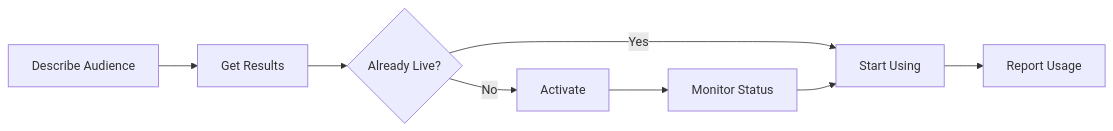
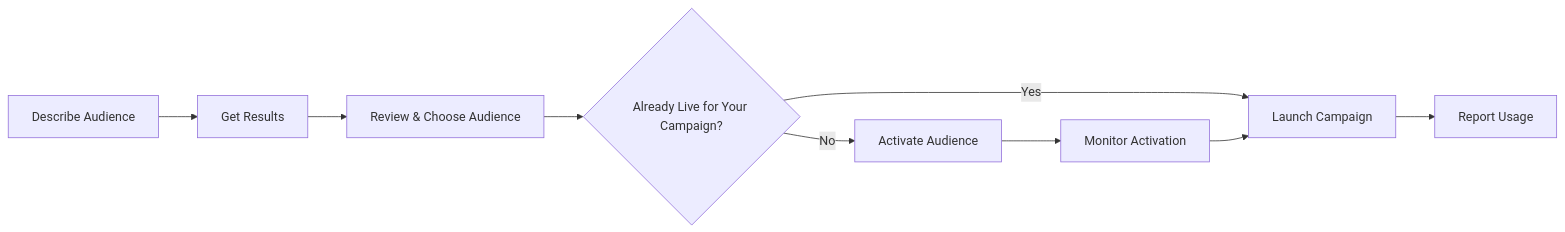
Before and after one commit to adcontextprotocol/adcp: the diagram in docs/audience/overview.md, drawn with Mermaid.

Commit message:
Improve audience workflow flowchart clarity
- Added "Review & Choose Audience" step before activation check
- Changed "Already Live?" to "Already Live for Your Campaign?"
- Changed "Start Using" to "Launch Campaign" for clarity
- Shows that activation happens only after deciding to use an audience

🤖 Generated with [Claude Code](https://claude.ai/code)

````diff
--- a/docs/audience/overview.md
+++ b/docs/audience/overview.md
@@ -49,10 +49,11 @@
 ```mermaid
 flowchart LR
     A[Describe Audience] --> B[Get Results]
-    B --> C{Already Live?}
-    C -->|Yes| D[Start Using]
-    C -->|No| E[Activate]
-    E --> F[Monitor Status]
-    F --> D
-    D --> G[Report Usage]
+    B --> C[Review & Choose Audience]
+    C --> D{Already Live for Your Campaign?}
+    D -->|Yes| E[Launch Campaign]
+    D -->|No| F[Activate Audience]
+    F --> G[Monitor Activation]
+    G --> E
+    E --> H[Report Usage]
 ```
````
